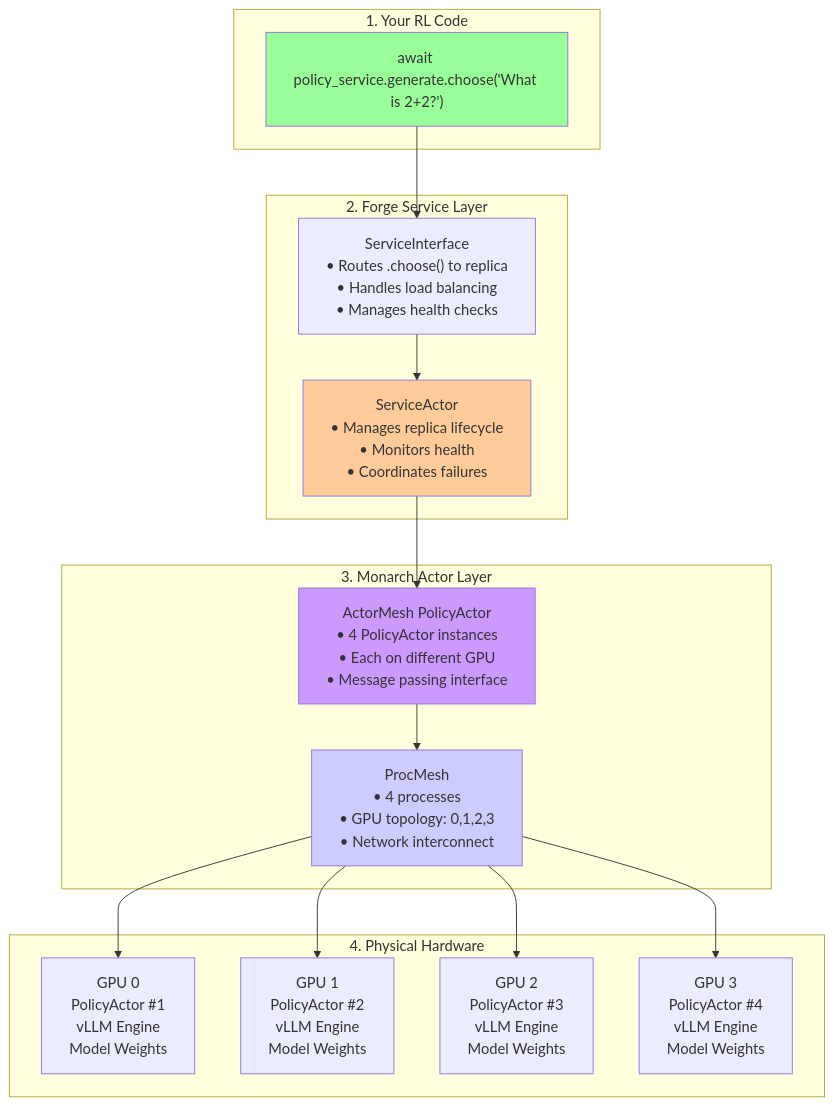
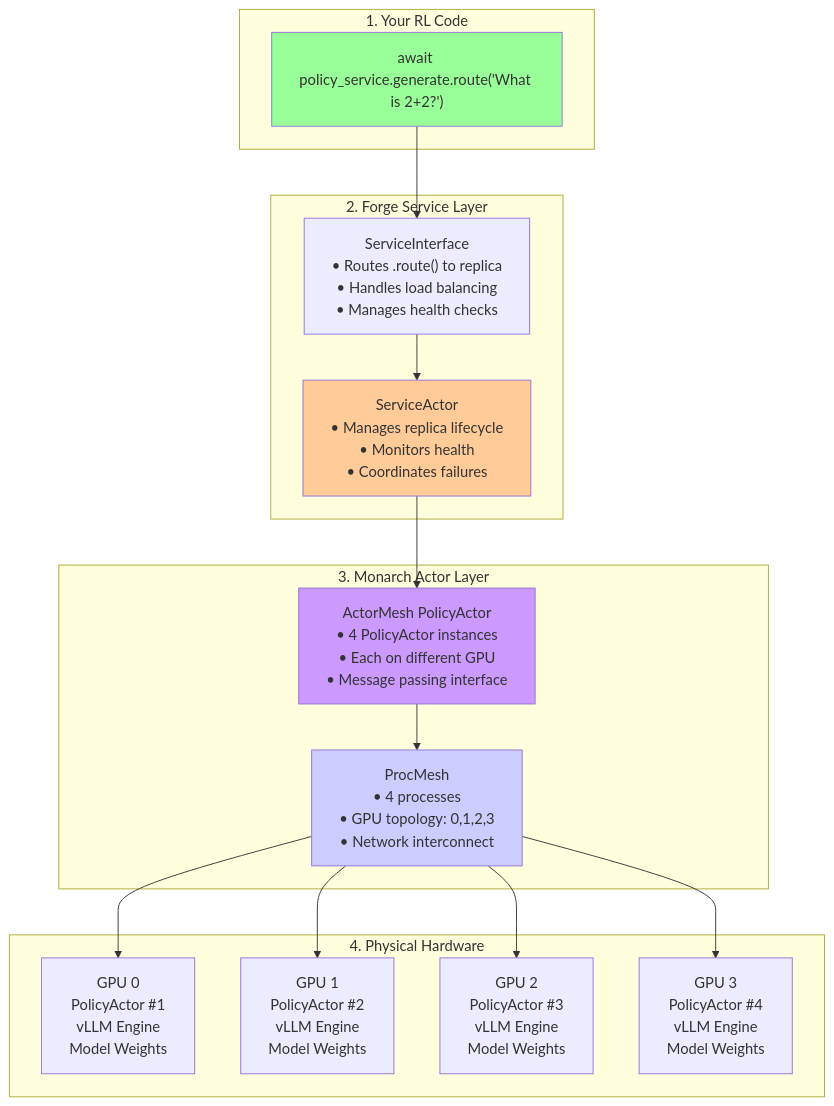
One commit to meta-pytorch/torchforge changed the first of 8 diagrams in docs/Tutorials/3_Monarch_101.MD. Above: the diagram before and after it, drawn with Mermaid. The commit also changed other lines of this file and 2 other files, not shown here.

````diff
--- a/docs/Tutorials/3_Monarch_101.MD
+++ b/docs/Tutorials/3_Monarch_101.MD
@@ -9,37 +9,37 @@
 ```mermaid
 graph TD
     subgraph YourCode["1. Your RL Code"]
-        Call["await policy_service.generate.choose('What is 2+2?')"]
+        Call["await policy_service.generate.route('What is 2+2?')"]
     end
 
     subgraph ForgeServices["2. Forge Service Layer"]
-        ServiceInterface["ServiceInterface<br/>• Routes .choose() to replica<br/>• Handles load balancing<br/>• Manages health checks"]
+        ServiceInterface["ServiceInterface<br/>• Routes .route() to replica<br/>• Handles load balancing<br/>• Manages health checks"]
         ServiceActor["ServiceActor<br/>• Manages replica lifecycle<br/>• Monitors health<br/>• Coordinates failures"]
     end
 
     subgraph MonarchLayer["3. Monarch Actor Layer"]
         ActorMesh["ActorMesh PolicyActor<br/>• 4 PolicyActor instances<br/>• Each on different GPU<br/>• Message passing interface"]
         ProcMesh["ProcMesh<br/>• 4 processes<br/>• GPU topology: 0,1,2,3<br/>• Network interconnect"]
     end
 
     subgraph Hardware["4. Physical Hardware"]
         GPU0["GPU 0<br/>PolicyActor #1<br/>vLLM Engine<br/>Model Weights"]
         GPU1["GPU 1<br/>PolicyActor #2<br/>vLLM Engine<br/>Model Weights"]
         GPU2["GPU 2<br/>PolicyActor #3<br/>vLLM Engine<br/>Model Weights"]
         GPU3["GPU 3<br/>PolicyActor #4<br/>vLLM Engine<br/>Model Weights"]
     end
 
     Call --> ServiceInterface
     ServiceInterface --> ServiceActor
     ServiceActor --> ActorMesh
     ActorMesh --> ProcMesh
     ProcMesh --> GPU0
     ProcMesh --> GPU1
     ProcMesh --> GPU2
     ProcMesh --> GPU3
 
     style Call fill:#99ff99
     style ServiceActor fill:#ffcc99
     style ActorMesh fill:#cc99ff
     style ProcMesh fill:#ccccff
 ```
````
